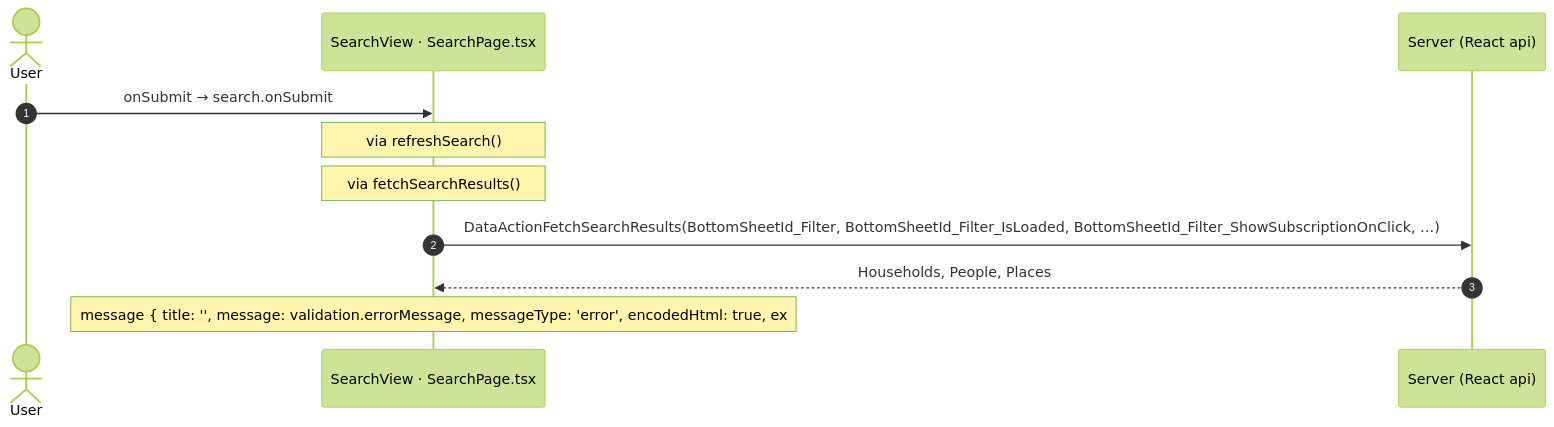
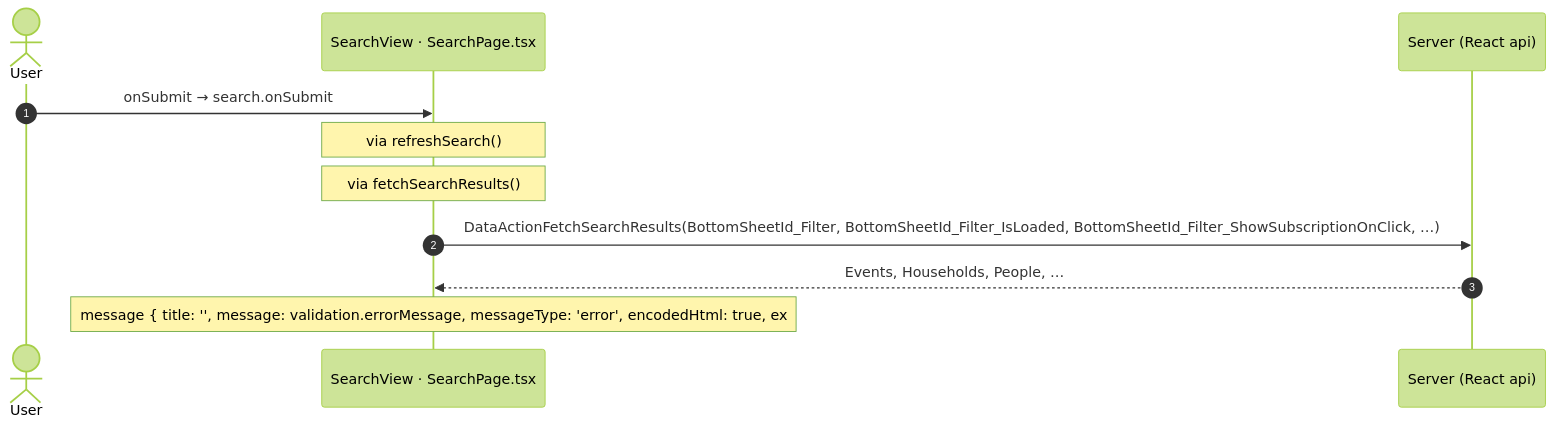
The sixth of 12 diagrams in route-actions/routes/Search.md (Phoenix-DX/connect-new-ui), drawn with Mermaid (forest theme) before and after one commit. The commit also changed other lines of this file and 30 other files, not shown here.

````diff
--- a/route-actions/routes/Search.md
+++ b/route-actions/routes/Search.md
@@ -148,13 +183,13 @@
 ```mermaid
 sequenceDiagram
   autonumber
   actor U as User
   participant H as SearchView · SearchPage.tsx
   participant A as Server (React api)
   U->>H: onSubmit → search.onSubmit
   Note over H: via refreshSearch()
   Note over H: via fetchSearchResults()
   H->>A: DataActionFetchSearchResults(BottomSheetId_Filter, BottomSheetId_Filter_IsLoaded, BottomSheetId_Filter_ShowSubscriptionOnClick, …)
-  A-->>H: Households, People, Places
+  A-->>H: Events, Households, People, …
   Note over H: message { title: '', message: validation.errorMessage, messageType: 'error', encodedHtml: true, ex
 ```
````
